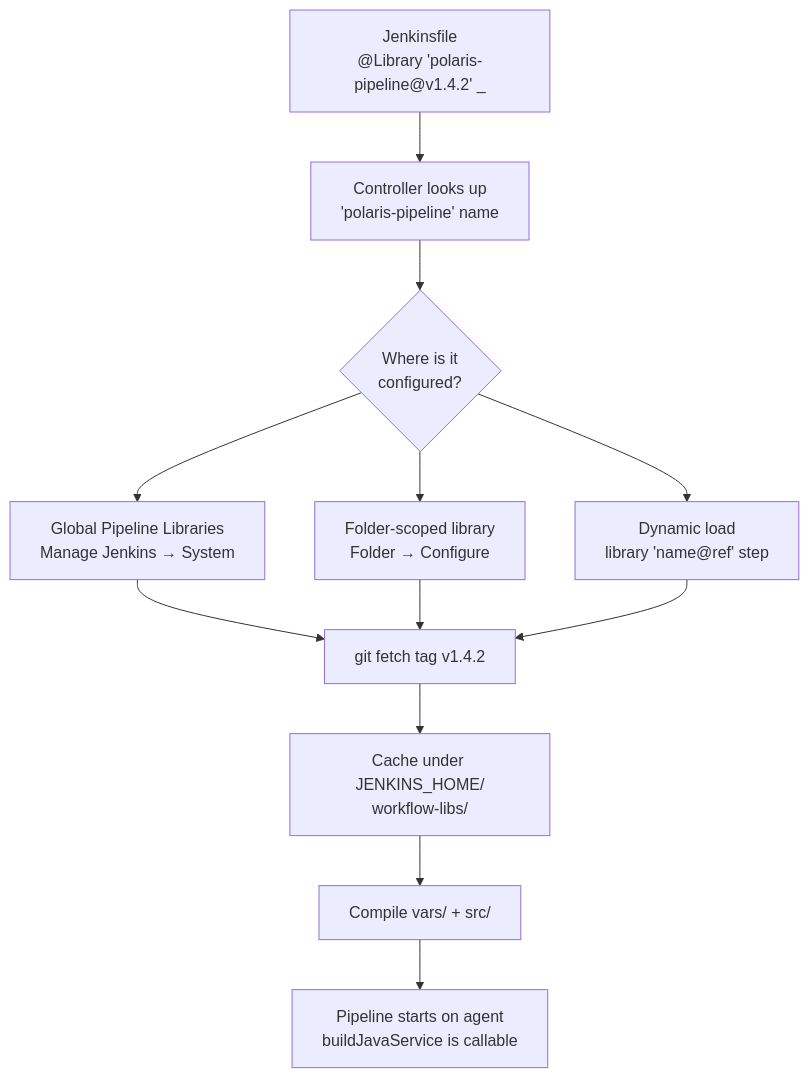
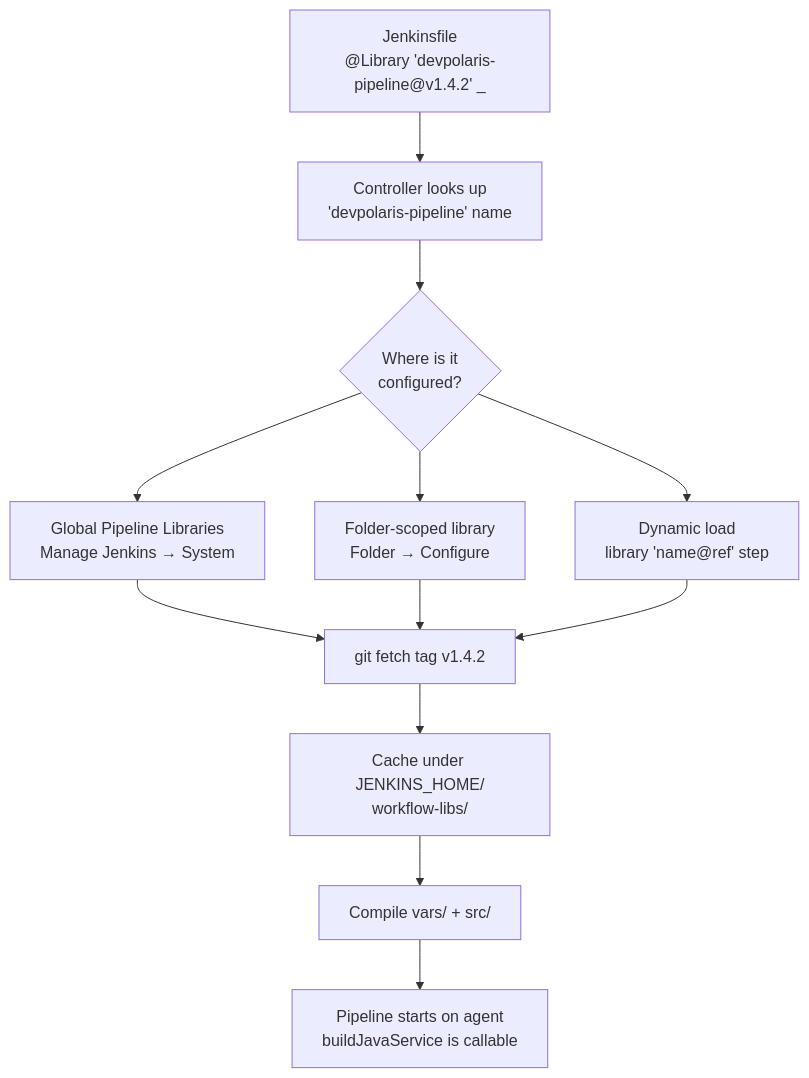
Before and after one commit to senlinyy/dev-roadmaps: the diagram in cicd/jenkins/shared-libraries.md, drawn with Mermaid. The commit also changed other lines of this file and 89 other files, not shown here.

````diff
--- a/cicd/jenkins/shared-libraries.md
+++ b/cicd/jenkins/shared-libraries.md
@@ -252,15 +252,15 @@
 ```mermaid
 %%{init: {"themeVariables": {"clusterBkg": "transparent"}}}%%
 graph TD
-    A["Jenkinsfile<br/>@Library 'polaris-pipeline@v1.4.2' _"] --> B[Controller looks up<br/>'polaris-pipeline' name]
+    A["Jenkinsfile<br/>@Library 'devpolaris-pipeline@v1.4.2' _"] --> B[Controller looks up<br/>'devpolaris-pipeline' name]
     B --> C{Where is it<br/>configured?}
     C --> D[Global Pipeline Libraries<br/>Manage Jenkins → System]
     C --> E[Folder-scoped library<br/>Folder → Configure]
     C --> F["Dynamic load<br/>library 'name@ref' step"]
     D --> G[git fetch tag v1.4.2]
     E --> G
     F --> G
     G --> H[Cache under JENKINS_HOME/<br/>workflow-libs/]
     H --> I[Compile vars/ + src/]
     I --> J[Pipeline starts on agent<br/>buildJavaService is callable]
 ```
````
